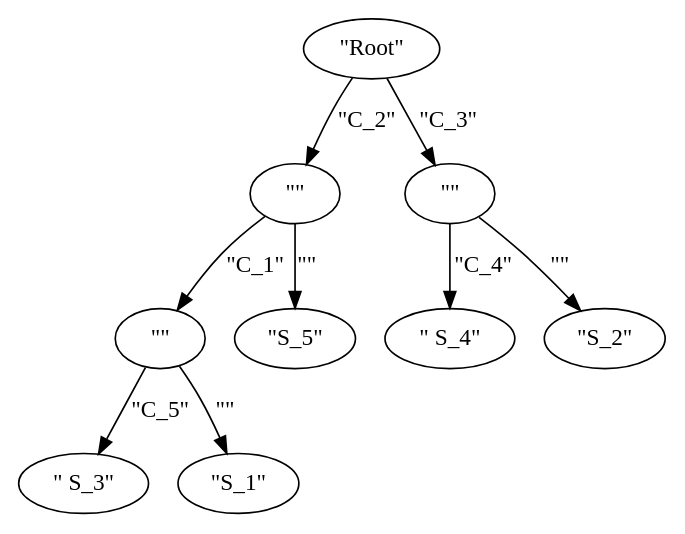
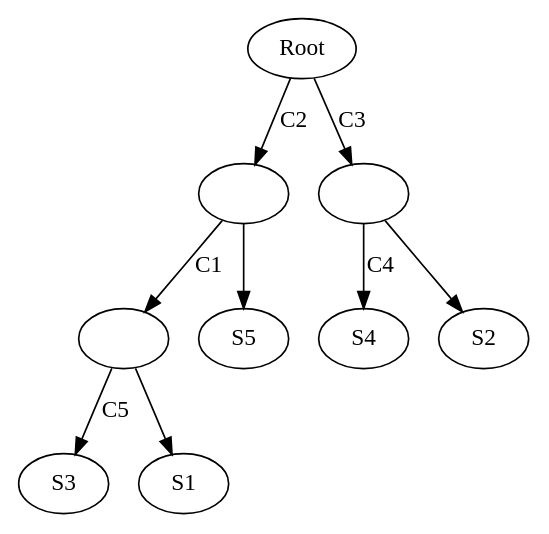
Before and after one commit to dlcgold/perfect-phylogeny-rs: the diagram in output/wiki.dot, drawn with Graphviz. The commit also changed 6 other files, not shown here.

```diff
--- a/output/wiki.dot
+++ b/output/wiki.dot
@@ -1,19 +1,19 @@
 digraph {
-    0 [ label = "\"Root\"" ]
-    1 [ label = "\"\"" ]
-    2 [ label = "\"\"" ]
-    3 [ label = "\"\"" ]
-    4 [ label = "\" S_3\"" ]
-    5 [ label = "\" S_4\"" ]
-    6 [ label = "\"S_5\"" ]
-    7 [ label = "\"S_1\"" ]
-    8 [ label = "\"S_2\"" ]
-    0 -> 1 [ label = "\"C_2\"" ]
-    1 -> 2 [ label = "\"C_1\"" ]
-    0 -> 3 [ label = "\"C_3\"" ]
-    2 -> 4 [ label = "\"C_5\"" ]
-    3 -> 5 [ label = "\"C_4\"" ]
-    1 -> 6 [ label = "\"\"" ]
-    2 -> 7 [ label = "\"\"" ]
-    3 -> 8 [ label = "\"\"" ]
+    0 [ label ="Root"]
+    1 [ label =""]
+    2 [ label =""]
+    3 [ label =""]
+    4 [ label ="S3"]
+    5 [ label ="S4"]
+    6 [ label ="S5"]
+    7 [ label ="S1"]
+    8 [ label ="S2"]
+    0 -> 1 [ label ="C2"]
+    1 -> 2 [ label ="C1"]
+    0 -> 3 [ label ="C3"]
+    2 -> 4 [ label ="C5"]
+    3 -> 5 [ label ="C4"]
+    1 -> 6 [ label =""]
+    2 -> 7 [ label =""]
+    3 -> 8 [ label =""]
 }
```
